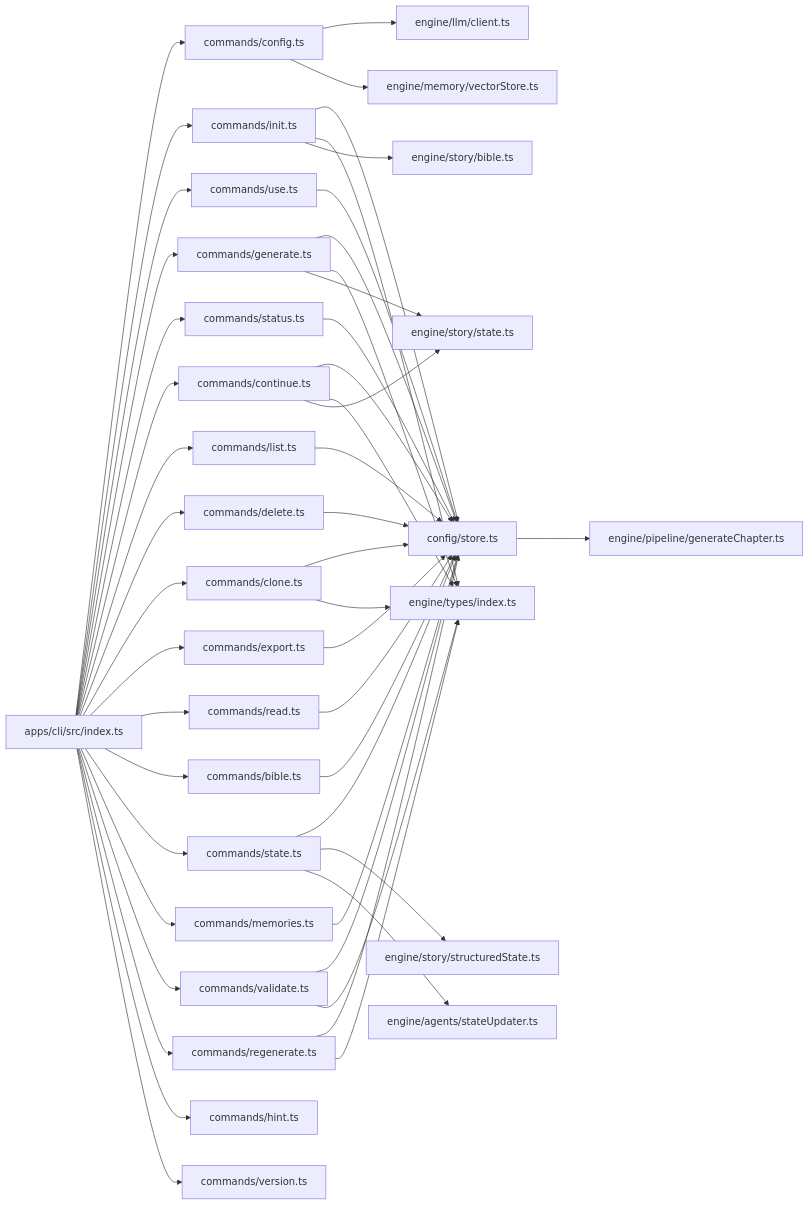
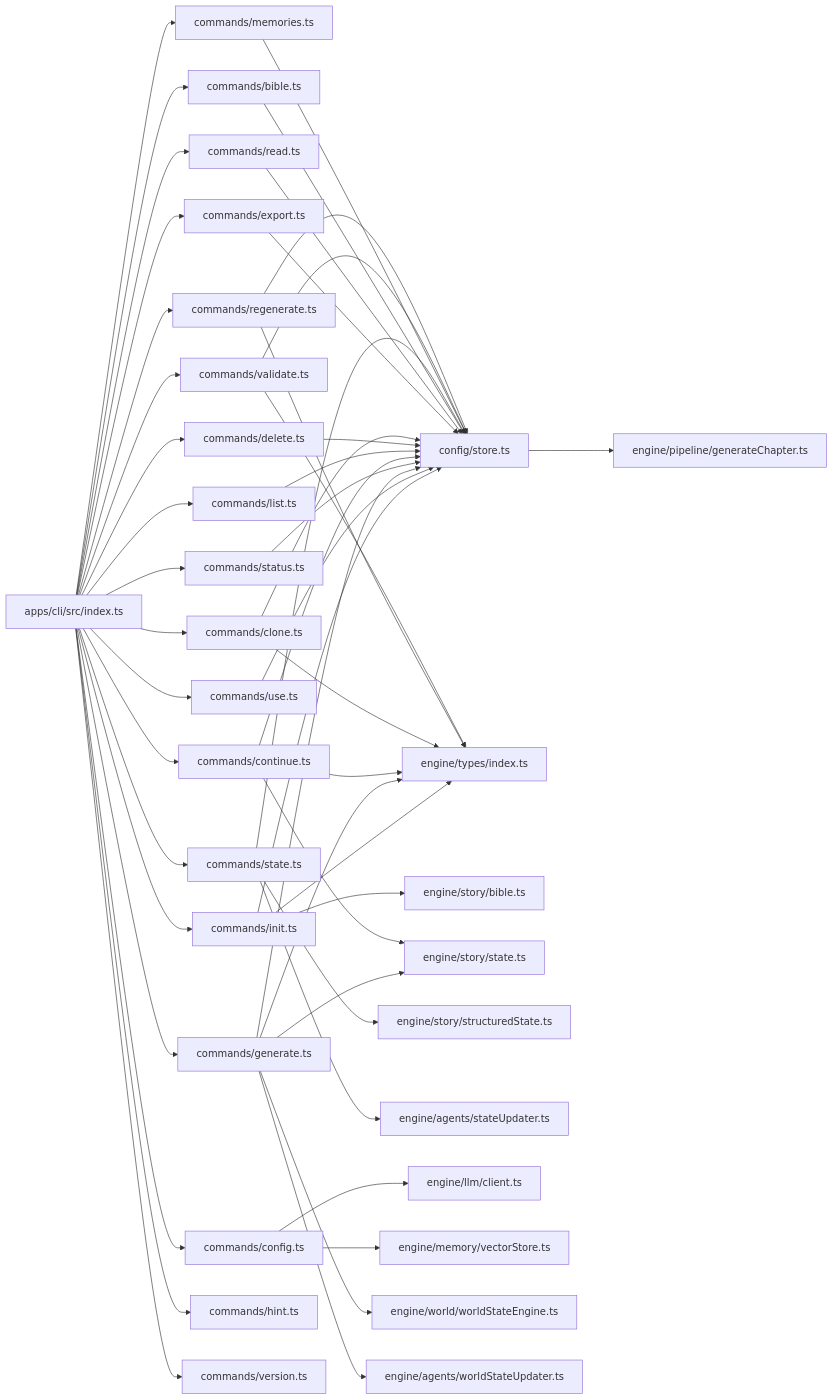
The third of 4 diagrams in .qoder/repowiki/en/content/CLI Command Reference.md (liwonder/NARRITIVE_OS), drawn with Mermaid before and after one commit. The commit also changed other lines of this file and 10 other files, not shown here.

First line of the commit message:
Integrate World State Engine & auto memory extraction

````diff
--- a/.qoder/repowiki/en/content/CLI Command Reference.md
+++ b/.qoder/repowiki/en/content/CLI Command Reference.md
@@ -869,50 +867,52 @@
 ```mermaid
 graph LR
 CLI_INDEX["apps/cli/src/index.ts"] --> CMD_CONFIG["commands/config.ts"]
 CLI_INDEX --> CMD_INIT["commands/init.ts"]
 CLI_INDEX --> CMD_USE["commands/use.ts"]
 CLI_INDEX --> CMD_GENERATE["commands/generate.ts"]
 CLI_INDEX --> CMD_STATUS["commands/status.ts"]
 CLI_INDEX --> CMD_CONTINUE["commands/continue.ts"]
 CLI_INDEX --> CMD_LIST["commands/list.ts"]
 CLI_INDEX --> CMD_DELETE["commands/delete.ts"]
 CLI_INDEX --> CMD_CLONE["commands/clone.ts"]
 CLI_INDEX --> CMD_EXPORT["commands/export.ts"]
 CLI_INDEX --> CMD_READ["commands/read.ts"]
 CLI_INDEX --> CMD_BIBLE["commands/bible.ts"]
 CLI_INDEX --> CMD_STATE["commands/state.ts"]
 CLI_INDEX --> CMD_MEMORIES["commands/memories.ts"]
 CLI_INDEX --> CMD_VALIDATE["commands/validate.ts"]
 CLI_INDEX --> CMD_REGENERATE["commands/regenerate.ts"]
 CLI_INDEX --> CMD_HINT["commands/hint.ts"]
 CLI_INDEX --> CMD_VERSION["commands/version.ts"]
 CMD_INIT --> STORE["config/store.ts"]
 CMD_USE --> STORE
 CMD_GENERATE --> STORE
 CMD_STATUS --> STORE
 CMD_CONTINUE --> STORE
 CMD_LIST --> STORE
 CMD_DELETE --> STORE
 CMD_CLONE --> STORE
 CMD_EXPORT --> STORE
 CMD_READ --> STORE
 CMD_BIBLE --> STORE
 CMD_STATE --> STORE
 CMD_MEMORIES --> STORE
 CMD_VALIDATE --> STORE
 CMD_REGENERATE --> STORE
 CMD_INIT --> TYPES["engine/types/index.ts"]
 CMD_GENERATE --> TYPES
 CMD_CONTINUE --> TYPES
 CMD_CLONE --> TYPES
 CMD_REGENERATE --> TYPES
 CMD_VALIDATE --> TYPES
 CMD_INIT --> STORY_BIBLE["engine/story/bible.ts"]
 CMD_GENERATE --> STORY_STATE["engine/story/state.ts"]
 CMD_CONTINUE --> STORY_STATE
 CMD_STATE --> STRUCTURED_STATE["engine/story/structuredState.ts"]
 CMD_STATE --> STATE_UPDATER["engine/agents/stateUpdater.ts"]
 CMD_CONFIG --> ENGINE_CLIENT["engine/llm/client.ts"]
 CMD_CONFIG --> VECTOR_STORE["engine/memory/vectorStore.ts"]
+CMD_GENERATE --> WORLD_STATE_ENGINE["engine/world/worldStateEngine.ts"]
+CMD_GENERATE --> WORLD_STATE_UPDATER["engine/agents/worldStateUpdater.ts"]
 STORE --> GENERATE_PIPELINE["engine/pipeline/generateChapter.ts"]
 ```
````
